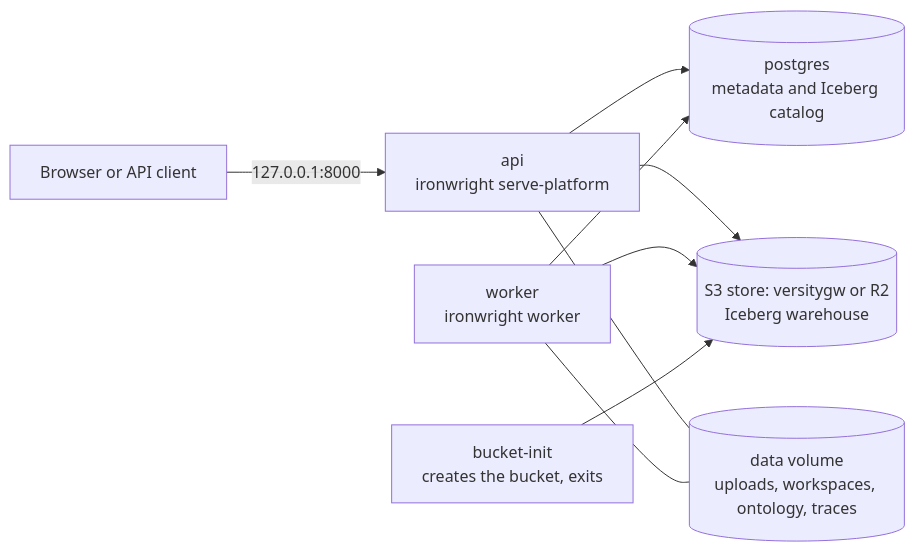
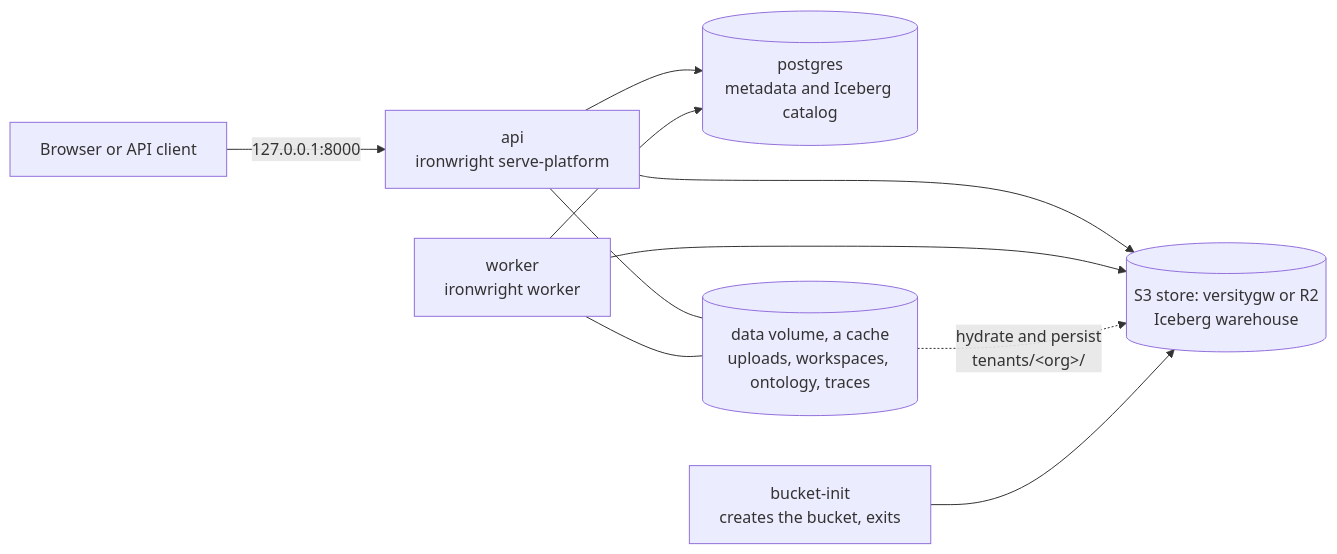
One commit to ShreyPatel4/ironwright changed the first of 5 diagrams in docs/deploy-hosted.md. Above: the diagram before and after it, drawn with Mermaid. The commit also changed other lines of this file and 11 other files, not shown here.

````diff
--- a/docs/deploy-hosted.md
+++ b/docs/deploy-hosted.md
@@ -6,12 +6,13 @@
 ```mermaid
 flowchart LR
   U["Browser or API client"] -->|"127.0.0.1:8000"| A["api<br/>ironwright serve-platform"]
   W["worker<br/>ironwright worker"]
   A --> P[("postgres<br/>metadata and Iceberg catalog")]
   W --> P
   A --> M[("S3 store: versitygw or R2<br/>Iceberg warehouse")]
   W --> M
-  A --- V[("data volume<br/>uploads, workspaces, ontology, traces")]
+  A --- V[("data volume, a cache<br/>uploads, workspaces, ontology, traces")]
   W --- V
+  V -. "hydrate and persist<br/>tenants/&lt;org&gt;/" .-> M
   I["bucket-init<br/>creates the bucket, exits"] --> M
 ```
````
